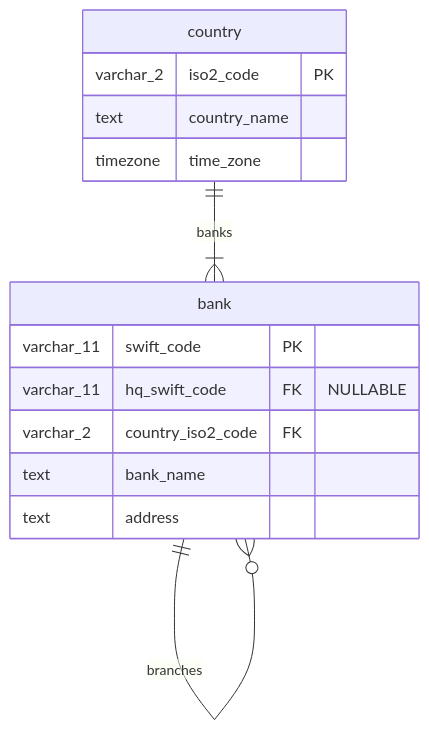
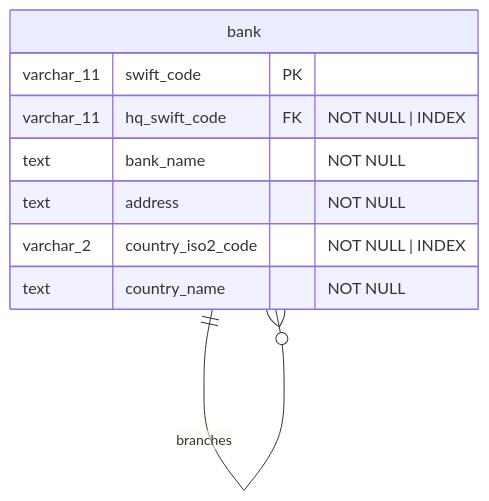
One commit to mwojtyna/swift-api changed the diagram in README.md. Above: the diagram before and after it, drawn with Mermaid. The commit also changed other lines of this file and 11 other files, not shown here.

````diff
--- a/README.md
+++ b/README.md
@@ -9,19 +7,12 @@
 ```mermaid
 erDiagram
     bank {
         varchar_11 swift_code PK
-        varchar_11 hq_swift_code FK "NULLABLE"
-        varchar_2 country_iso2_code FK
-        text bank_name
-        text address
+        varchar_11 hq_swift_code FK "NOT NULL | INDEX"
+        text bank_name "NOT NULL"
+        text address  "NOT NULL"
+        varchar_2 country_iso2_code "NOT NULL | INDEX"
+        text country_name "NOT NULL"
     }
-
-    country {
-        varchar_2 iso2_code PK
-        text country_name
-        timezone time_zone
-    }
-
-    country 1--1+ bank: "banks"
     bank 1--0+ bank: "branches"
 ```
````
